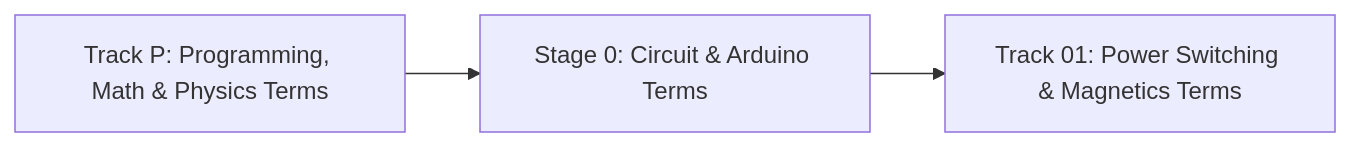
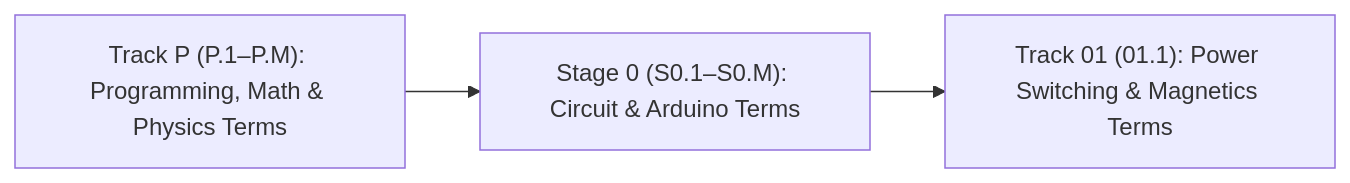
The diagram in resources/glossary.md (TLE47/Mechatronics-Roadmap), drawn with Mermaid before and after one commit. The commit also changed other lines of this file and 58 other files, not shown here.

````diff
--- a/resources/glossary.md
+++ b/resources/glossary.md
@@ -5,5 +5,5 @@
 ```mermaid
 flowchart LR
-    TP["Track P: Programming, Math & Physics Terms"] --> S0["Stage 0: Circuit & Arduino Terms"]
-    S0 --> T01["Track 01: Power Switching & Magnetics Terms"]
+    TP["Track P (P.1–P.M): Programming, Math & Physics Terms"] --> S0["Stage 0 (S0.1–S0.M): Circuit & Arduino Terms"]
+    S0 --> T01["Track 01 (01.1): Power Switching & Magnetics Terms"]
 ```
````
